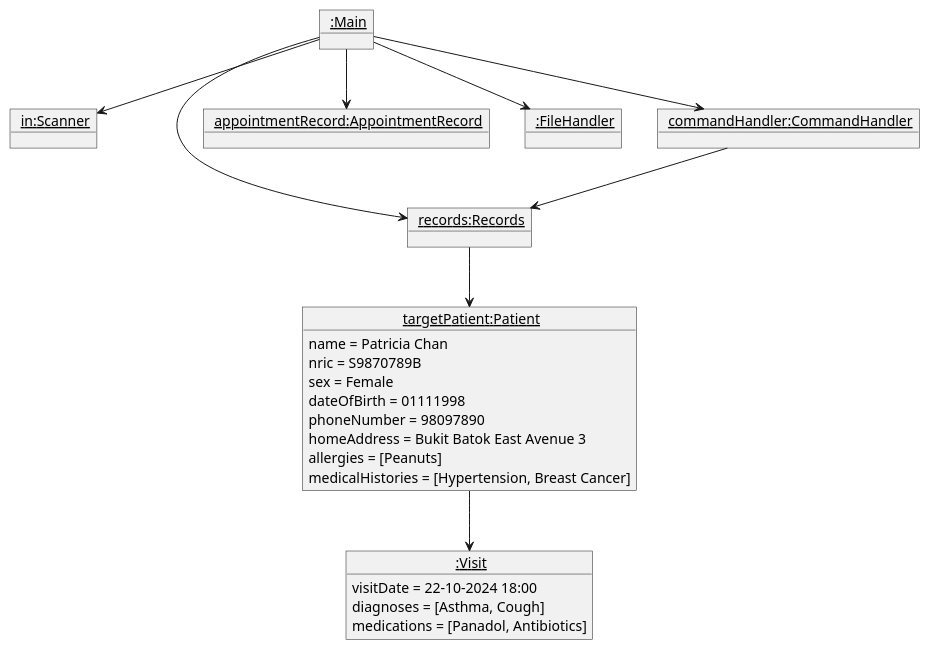
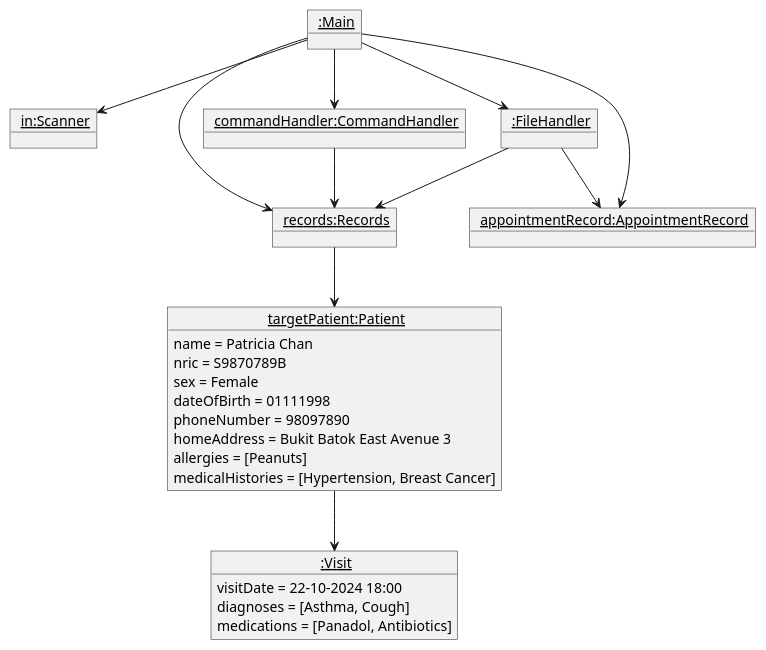
The diagram in docs/ObjectDiagramBeforeAddVisit.puml (yentheng0110/tp), drawn with PlantUML before and after one commit. The commit also changed 7 other files, not shown here.

Commit message:
Add the addVisit implementation, object diagrams and sequence diagram in the Developer Guide (DG) and modify DG in general after proofreading

```diff
--- a/docs/ObjectDiagramBeforeAddVisit.puml
+++ b/docs/ObjectDiagramBeforeAddVisit.puml
@@ -1,37 +1,38 @@
 @startuml
 'https://plantuml.com/object-diagram
 
 object "<u> :Main</u>" as Main
 object "<u> in:Scanner</u>" as Scanner
 object "<u> records:Records</u>" as Records
 object "<u> appointmentRecord:AppointmentRecord</u>" as AppointmentRecord
 object "<u> :FileHandler</u>" as FileHandler
 object "<u> commandHandler:CommandHandler</u>" as CommandHandler
 
 object "<u> targetPatient:Patient</u>" as Patient {
 name = Patricia Chan
 nric = S9870789B
 sex = Female
 dateOfBirth = 01111998
 phoneNumber = 98097890
 homeAddress = Bukit Batok East Avenue 3
 allergies = [Peanuts]
 medicalHistories = [Hypertension, Breast Cancer]
 }
 
 object "<u> :Visit</u>" as Visit {
 visitDate = 22-10-2024 18:00
 diagnoses = [Asthma, Cough]
 medications = [Panadol, Antibiotics]
 }
 
 Main --> Scanner
 Main --> Records
 Main --> AppointmentRecord
 Main --> FileHandler
 Main --> CommandHandler
 Patient --> Visit
 CommandHandler --> Records
 Records --> Patient
-
+FileHandler --> Records
+FileHandler --> AppointmentRecord
 @enduml
```
